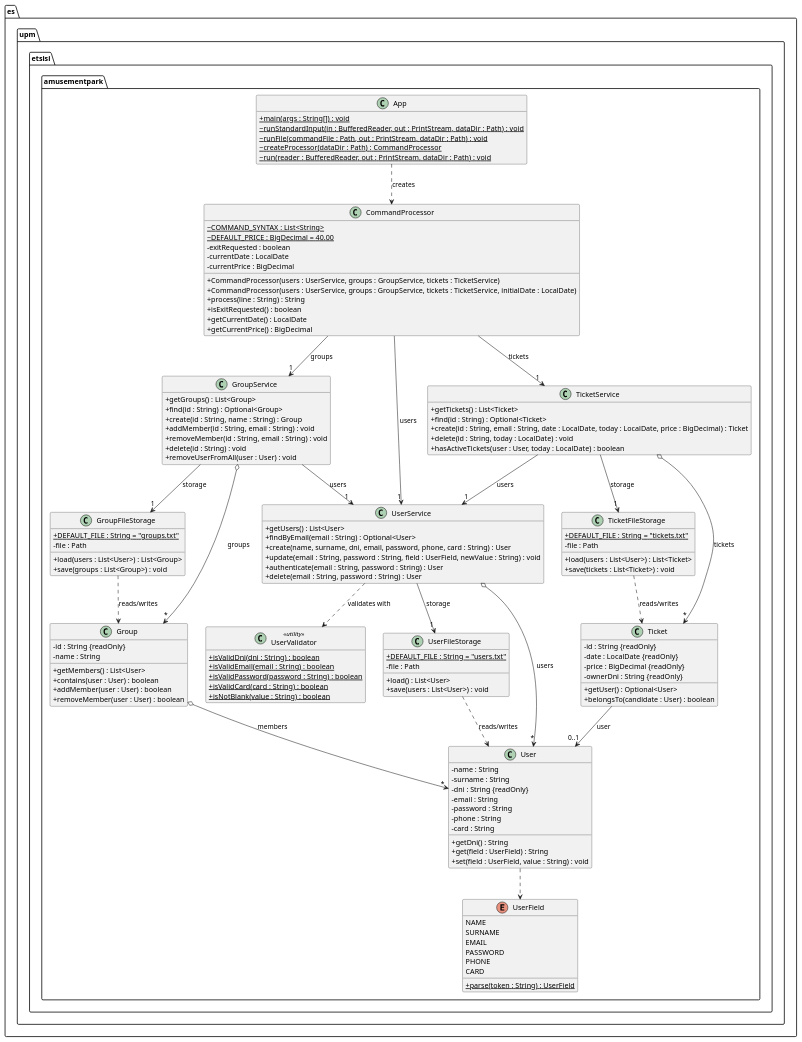
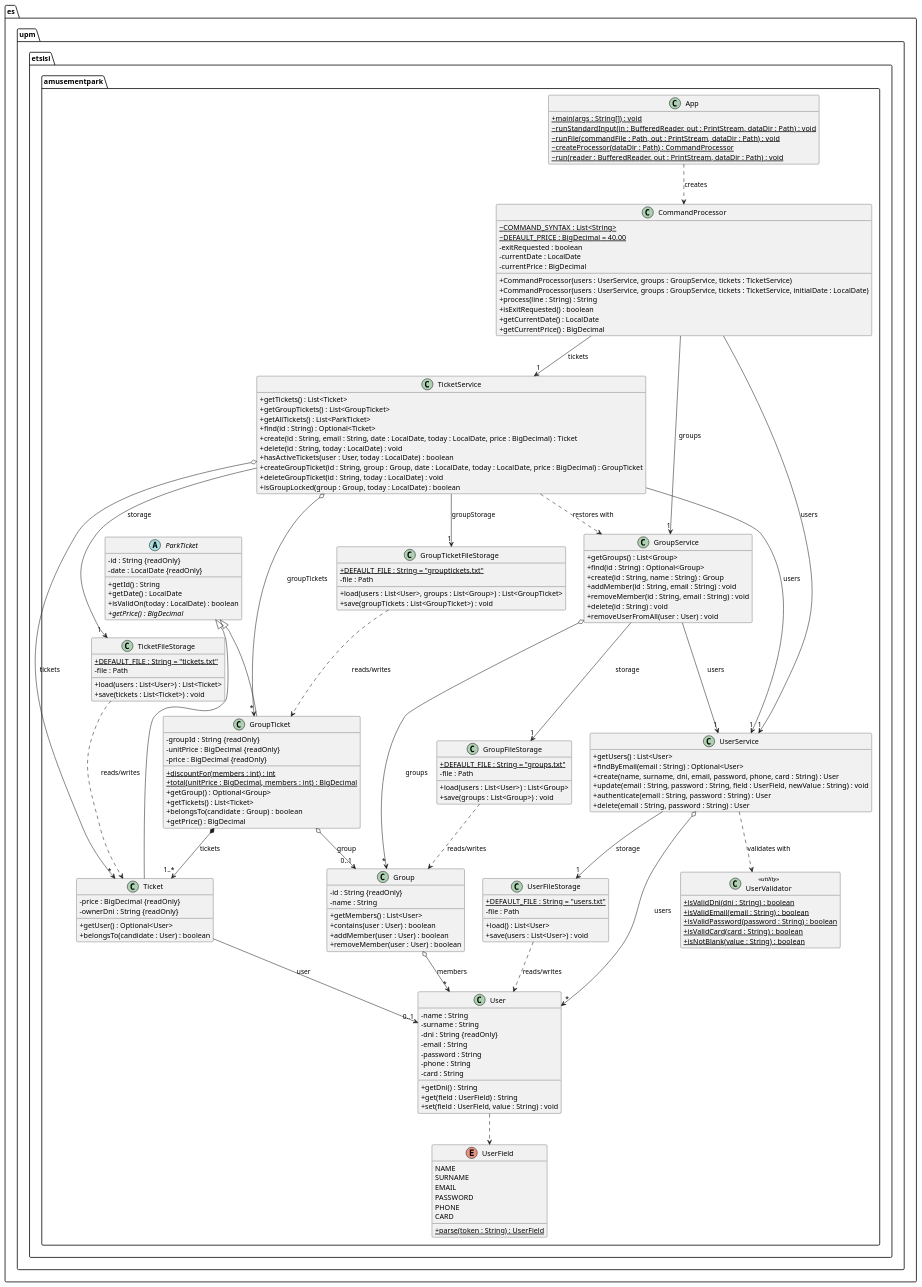
The diagram in uml/model.puml (skai-upm/caise27), drawn with PlantUML before and after one commit. The commit also changed 31 other files, not shown here.

```diff
--- a/uml/model.puml
+++ b/uml/model.puml
@@ -1,147 +1,186 @@
 @startuml model
 ' Amusement park - class model of the implemented code (package es.upm.etsisi.amusementpark)
 hide empty members
 skinparam classAttributeIconSize 0
 
 package es.upm.etsisi.amusementpark {
 
   class App {
     + {static} main(args : String[]) : void
     ~ {static} runStandardInput(in : BufferedReader, out : PrintStream, dataDir : Path) : void
     ~ {static} runFile(commandFile : Path, out : PrintStream, dataDir : Path) : void
     ~ {static} createProcessor(dataDir : Path) : CommandProcessor
     ~ {static} run(reader : BufferedReader, out : PrintStream, dataDir : Path) : void
   }
 
   class CommandProcessor {
     ~ {static} COMMAND_SYNTAX : List<String>
     ~ {static} DEFAULT_PRICE : BigDecimal = 40.00
     - exitRequested : boolean
     - currentDate : LocalDate
     - currentPrice : BigDecimal
     + CommandProcessor(users : UserService, groups : GroupService, tickets : TicketService)
     + CommandProcessor(users : UserService, groups : GroupService, tickets : TicketService, initialDate : LocalDate)
     + process(line : String) : String
     + isExitRequested() : boolean
     + getCurrentDate() : LocalDate
     + getCurrentPrice() : BigDecimal
   }
 
   class User {
     - name : String
     - surname : String
     - dni : String {readOnly}
     - email : String
     - password : String
     - phone : String
     - card : String
     + getDni() : String
     + get(field : UserField) : String
     + set(field : UserField, value : String) : void
   }
 
   enum UserField {
     NAME
     SURNAME
     EMAIL
     PASSWORD
     PHONE
     CARD
     + {static} parse(token : String) : UserField
   }
 
   class UserValidator <<utility>> {
     + {static} isValidDni(dni : String) : boolean
     + {static} isValidEmail(email : String) : boolean
     + {static} isValidPassword(password : String) : boolean
     + {static} isValidCard(card : String) : boolean
     + {static} isNotBlank(value : String) : boolean
   }
 
   class UserService {
     + getUsers() : List<User>
     + findByEmail(email : String) : Optional<User>
     + create(name, surname, dni, email, password, phone, card : String) : User
     + update(email : String, password : String, field : UserField, newValue : String) : void
     + authenticate(email : String, password : String) : User
     + delete(email : String, password : String) : User
   }
 
   class UserFileStorage {
     + {static} DEFAULT_FILE : String = "users.txt"
     - file : Path
     + load() : List<User>
     + save(users : List<User>) : void
   }
 
   class Group {
     - id : String {readOnly}
     - name : String
     + getMembers() : List<User>
     + contains(user : User) : boolean
     + addMember(user : User) : boolean
     + removeMember(user : User) : boolean
   }
 
   class GroupService {
     + getGroups() : List<Group>
     + find(id : String) : Optional<Group>
     + create(id : String, name : String) : Group
     + addMember(id : String, email : String) : void
     + removeMember(id : String, email : String) : void
     + delete(id : String) : void
     + removeUserFromAll(user : User) : void
   }
 
   class GroupFileStorage {
     + {static} DEFAULT_FILE : String = "groups.txt"
     - file : Path
     + load(users : List<User>) : List<Group>
     + save(groups : List<Group>) : void
   }
 
-  class Ticket {
+  abstract class ParkTicket {
     - id : String {readOnly}
     - date : LocalDate {readOnly}
+    + getId() : String
+    + getDate() : LocalDate
+    + isValidOn(today : LocalDate) : boolean
+    + {abstract} getPrice() : BigDecimal
+  }
+
+  class Ticket {
     - price : BigDecimal {readOnly}
     - ownerDni : String {readOnly}
     + getUser() : Optional<User>
     + belongsTo(candidate : User) : boolean
   }
 
+  class GroupTicket {
+    - groupId : String {readOnly}
+    - unitPrice : BigDecimal {readOnly}
+    - price : BigDecimal {readOnly}
+    + {static} discountFor(members : int) : int
+    + {static} total(unitPrice : BigDecimal, members : int) : BigDecimal
+    + getGroup() : Optional<Group>
+    + getTickets() : List<Ticket>
+    + belongsTo(candidate : Group) : boolean
+    + getPrice() : BigDecimal
+  }
+
+  class GroupTicketFileStorage {
+    + {static} DEFAULT_FILE : String = "grouptickets.txt"
+    - file : Path
+    + load(users : List<User>, groups : List<Group>) : List<GroupTicket>
+    + save(groupTickets : List<GroupTicket>) : void
+  }
+
   class TicketService {
     + getTickets() : List<Ticket>
+    + getGroupTickets() : List<GroupTicket>
+    + getAllTickets() : List<ParkTicket>
     + find(id : String) : Optional<Ticket>
     + create(id : String, email : String, date : LocalDate, today : LocalDate, price : BigDecimal) : Ticket
     + delete(id : String, today : LocalDate) : void
     + hasActiveTickets(user : User, today : LocalDate) : boolean
+    + createGroupTicket(id : String, group : Group, date : LocalDate, today : LocalDate, price : BigDecimal) : GroupTicket
+    + deleteGroupTicket(id : String, today : LocalDate) : void
+    + isGroupLocked(group : Group, today : LocalDate) : boolean
   }
 
   class TicketFileStorage {
     + {static} DEFAULT_FILE : String = "tickets.txt"
     - file : Path
     + load(users : List<User>) : List<Ticket>
     + save(tickets : List<Ticket>) : void
   }
 }
 
 App ..> CommandProcessor : creates
 CommandProcessor --> "1" UserService : users
 CommandProcessor --> "1" GroupService : groups
 UserService --> "1" UserFileStorage : storage
 UserService o--> "*" User : users
 UserService ..> UserValidator : validates with
 GroupService --> "1" GroupFileStorage : storage
 GroupService --> "1" UserService : users
 GroupService o--> "*" Group : groups
 Group o--> "*" User : members
 User ..> UserField
 UserFileStorage ..> User : reads/writes
 GroupFileStorage ..> Group : reads/writes
 CommandProcessor --> "1" TicketService : tickets
 TicketService --> "1" TicketFileStorage : storage
 TicketService --> "1" UserService : users
 TicketService o--> "*" Ticket : tickets
 Ticket --> "0..1" User : user
 TicketFileStorage ..> Ticket : reads/writes
+ParkTicket <|-- Ticket
+ParkTicket <|-- GroupTicket
+GroupTicket o--> "0..1" Group : group
+GroupTicket *--> "1..*" Ticket : tickets
+TicketService --> "1" GroupTicketFileStorage : groupStorage
+TicketService o--> "*" GroupTicket : groupTickets
+TicketService ..> GroupService : restores with
+GroupTicketFileStorage ..> GroupTicket : reads/writes
 @enduml
```
